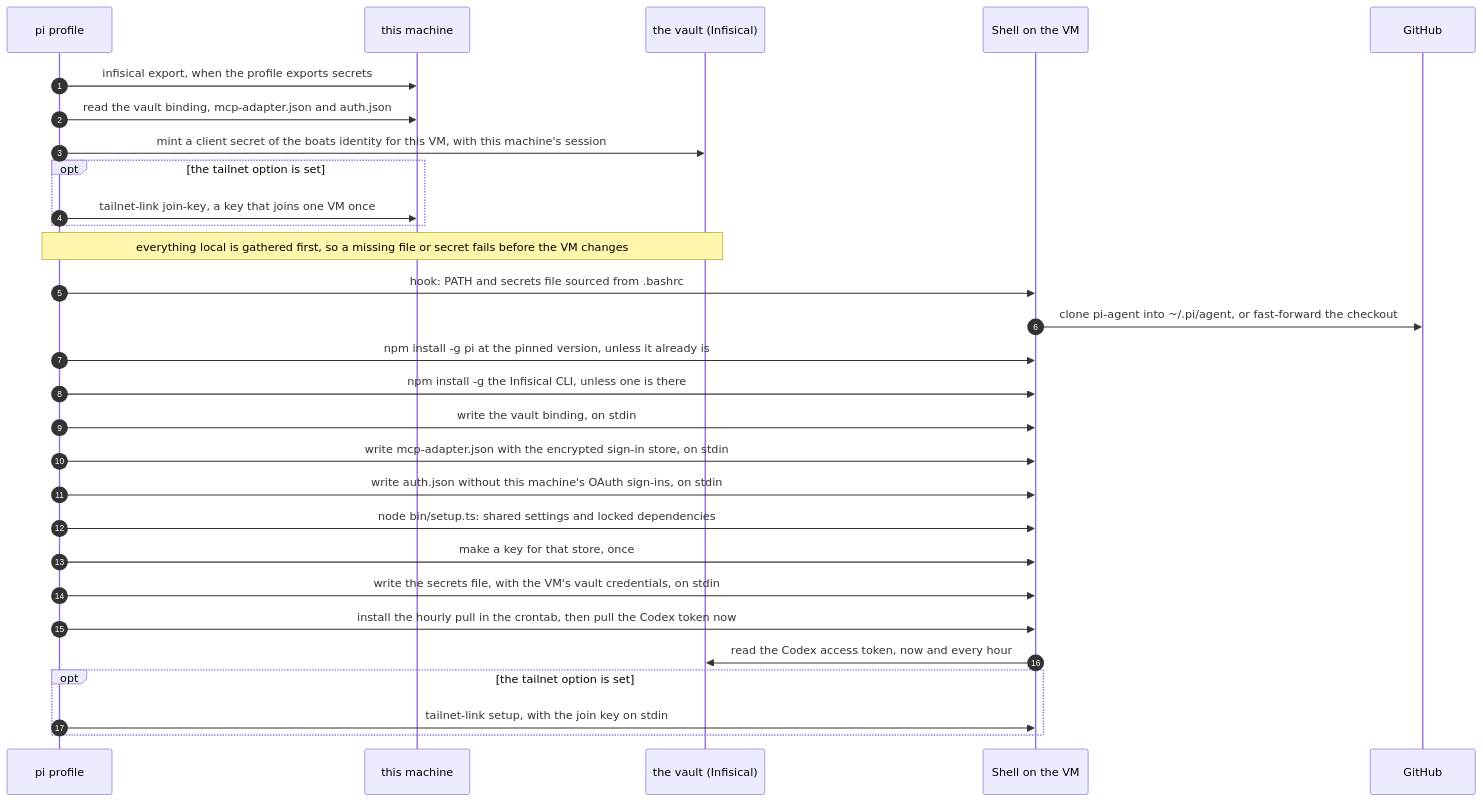
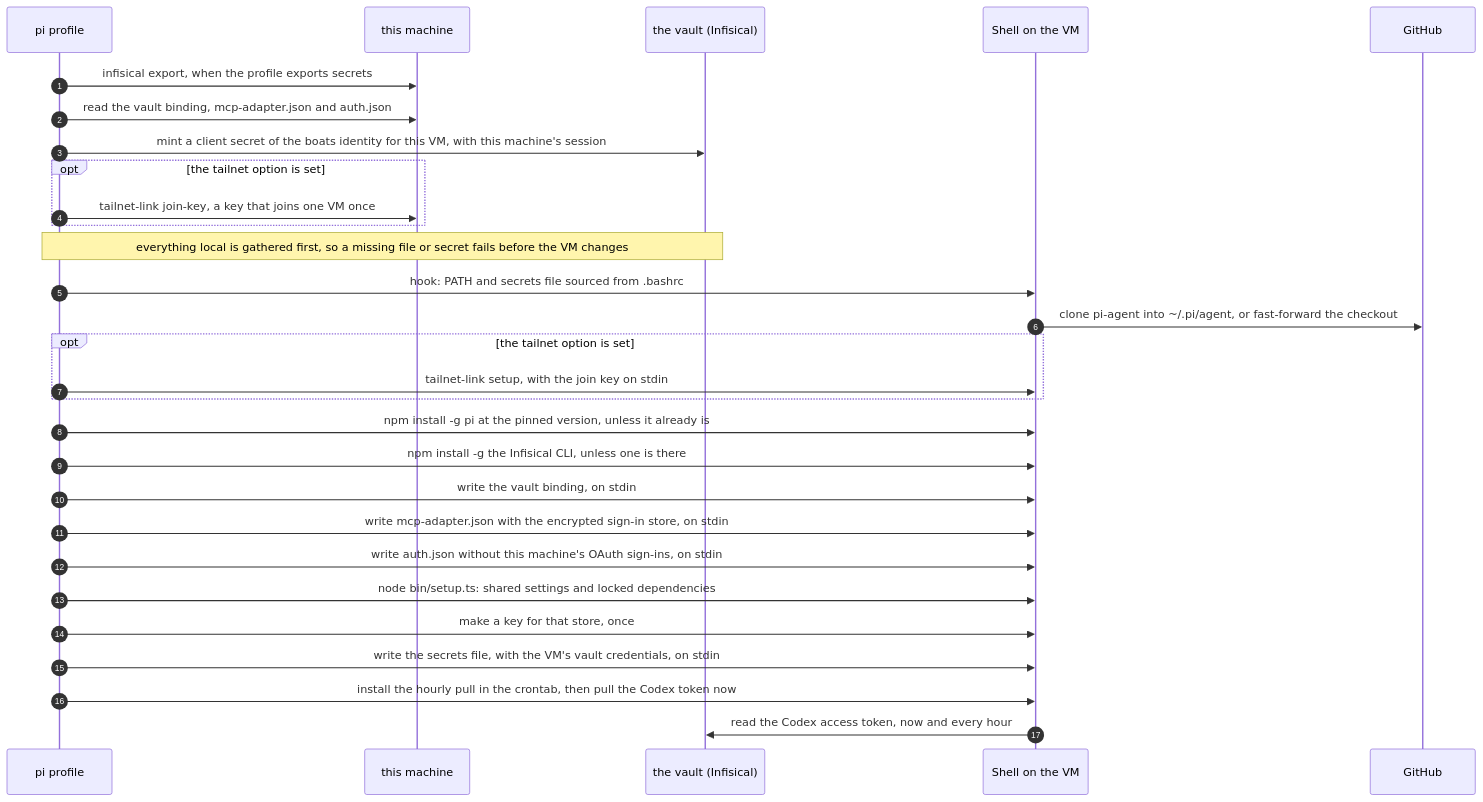
The diagram in docs/profiles/pi.md (NextNodeSolutions/workspace), drawn with Mermaid before and after one commit. The commit also changed other lines of this file and 1 other file, not shown here.

First line of the commit message:
fix(profile-agent): the VM joins the tailnet right after the checkout

````diff
--- a/docs/profiles/pi.md
+++ b/docs/profiles/pi.md
@@ -7,31 +7,31 @@
 ```mermaid
 sequenceDiagram
     autonumber
     participant P as pi profile
     participant M as this machine
     participant V as the vault (Infisical)
     participant S as Shell on the VM
     participant G as GitHub
     P->>M: infisical export, when the profile exports secrets
     P->>M: read the vault binding, mcp-adapter.json and auth.json
     P->>V: mint a client secret of the boats identity for this VM, with this machine's session
     opt the tailnet option is set
         P->>M: tailnet-link join-key, a key that joins one VM once
     end
     Note over P,V: everything local is gathered first, so a missing file or secret fails before the VM changes
     P->>S: hook: PATH and secrets file sourced from .bashrc
     S->>G: clone pi-agent into ~/.pi/agent, or fast-forward the checkout
+    opt the tailnet option is set
+        P->>S: tailnet-link setup, with the join key on stdin
+    end
     P->>S: npm install -g pi at the pinned version, unless it already is
     P->>S: npm install -g the Infisical CLI, unless one is there
     P->>S: write the vault binding, on stdin
     P->>S: write mcp-adapter.json with the encrypted sign-in store, on stdin
     P->>S: write auth.json without this machine's OAuth sign-ins, on stdin
     P->>S: node bin/setup.ts: shared settings and locked dependencies
     P->>S: make a key for that store, once
     P->>S: write the secrets file, with the VM's vault credentials, on stdin
     P->>S: install the hourly pull in the crontab, then pull the Codex token now
     S->>V: read the Codex access token, now and every hour
-    opt the tailnet option is set
-        P->>S: tailnet-link setup, with the join key on stdin
-    end
 ```
````
